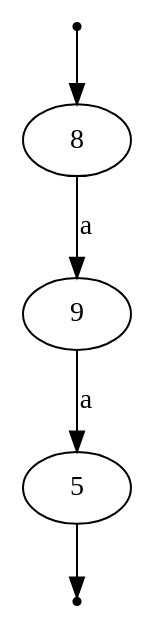
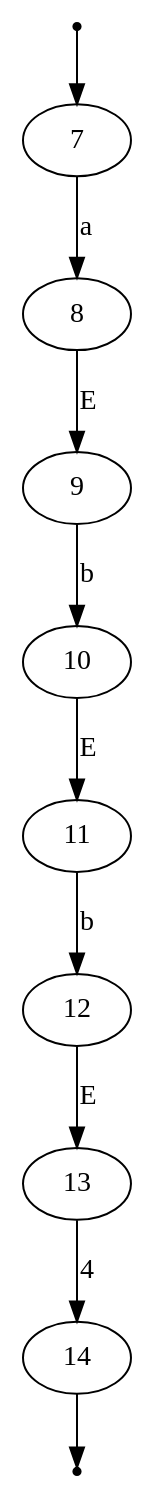
Before and after one commit to omarelhorre/automate: the diagram in src/automate2.dot, drawn with Graphviz. The commit also changed 6 other files, not shown here.

```diff
--- a/src/automate2.dot
+++ b/src/automate2.dot
@@ -1,8 +1,13 @@
 digraph G {
-    init [shape=point];
-    fin [shape=point];
-    init -> 8;
-    8 -> 9 [label="a"];
-    9 -> 5 [label="a"];
-    5 -> fin;
+init [shape=point];
+fin [shape=point];
+init -> 7;
+7 -> 8 [label="a"];
+9 -> 10 [label="b"];
+8 -> 9 [label="E"];
+11 -> 12 [label="b"];
+10 -> 11 [label="E"];
+13 -> 14 [label="4"];
+12 -> 13 [label="E"];
+14 -> fin;
 }
```
